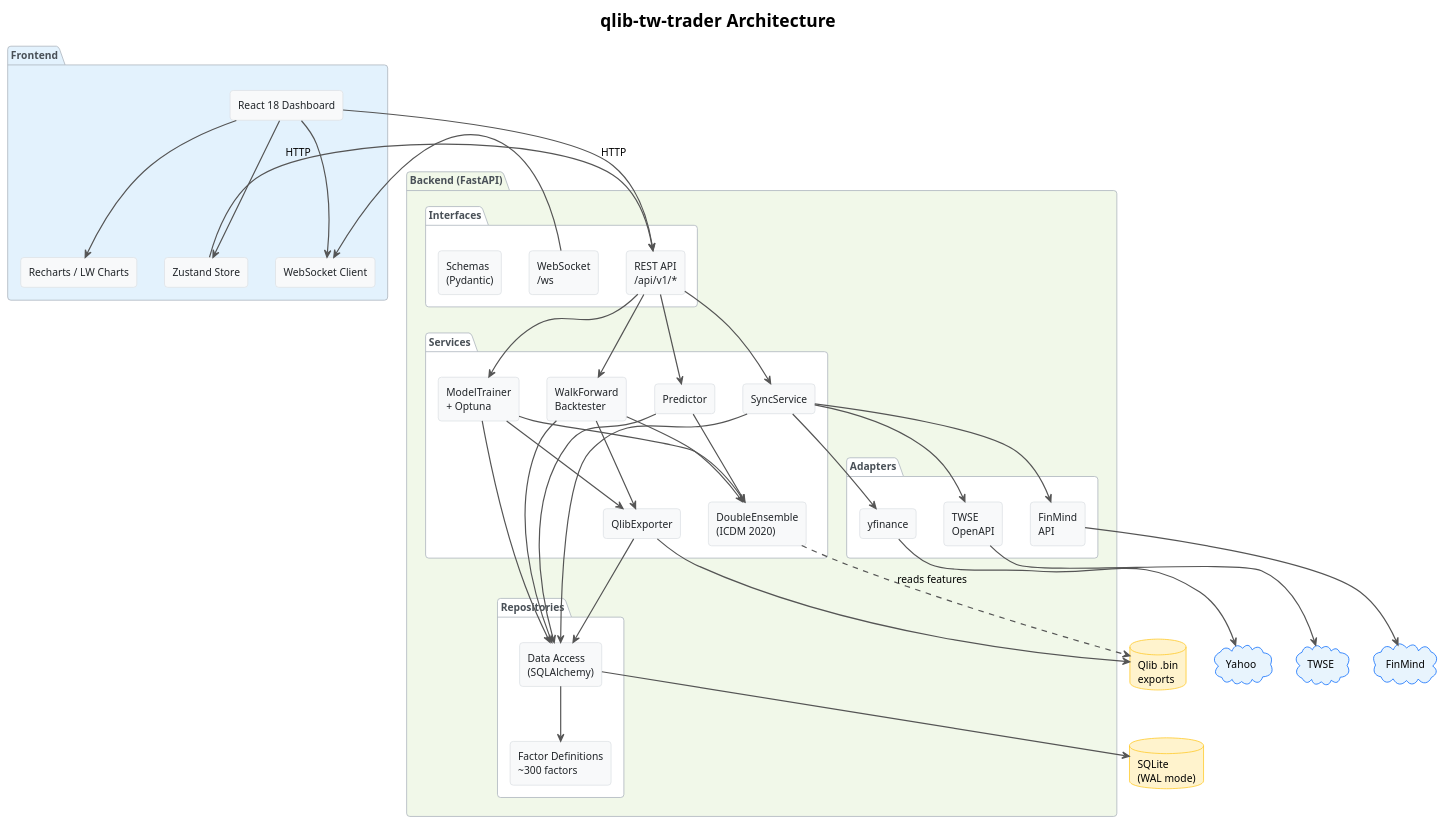
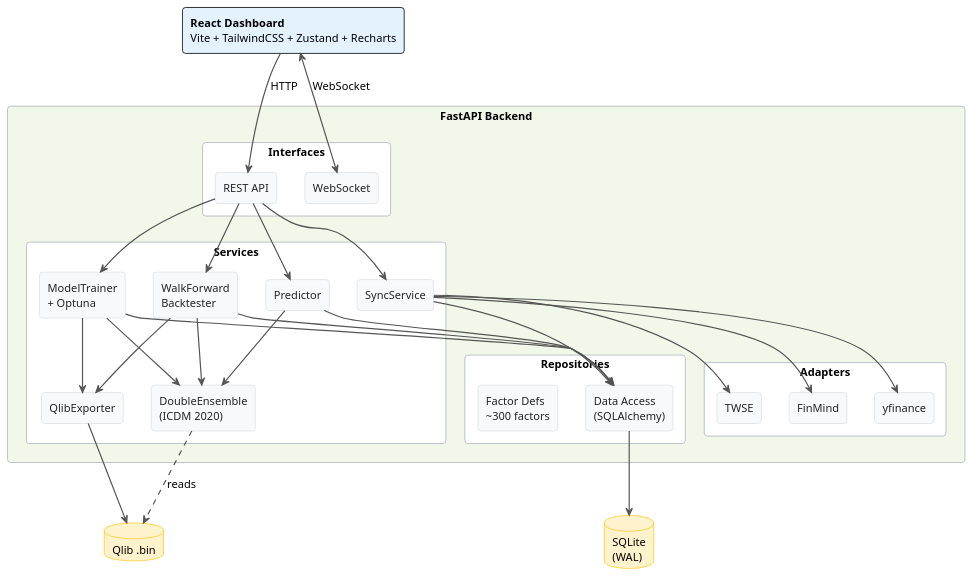
Before and after one commit to toasterman234/qlib-tw-trader: the diagram in docs/architecture.puml, drawn with PlantUML. The commit also changed 3 other files, not shown here.

First line of the commit message:
docs: improve PlantUML diagram quality and readability

```diff
--- a/docs/architecture.puml
+++ b/docs/architecture.puml
@@ -1,119 +1,88 @@
 @startuml architecture
 !theme plain
 skinparam backgroundColor #FFFFFF
 skinparam defaultFontName "Segoe UI"
-skinparam defaultFontSize 13
-skinparam componentStyle rectangle
+skinparam defaultFontSize 14
+skinparam shadowing false
 skinparam roundCorner 8
-skinparam shadowing false
 skinparam ArrowColor #555555
 skinparam ArrowThickness 1.5
-
+skinparam componentStyle rectangle
 skinparam component {
   BackgroundColor #F8F9FA
   BorderColor #DEE2E6
   FontColor #212529
 }
-
 skinparam package {
   BackgroundColor #FFFFFF
   BorderColor #ADB5BD
   FontColor #495057
   FontStyle bold
 }
-
 skinparam database {
   BackgroundColor #FFF3CD
   BorderColor #FFCA2C
 }
 
-skinparam cloud {
-  BackgroundColor #E8F4FD
-  BorderColor #0D6EFD
-}
+top to bottom direction
 
-title qlib-tw-trader Architecture
+rectangle "**React Dashboard**\nVite + TailwindCSS + Zustand + Recharts" as FE #E3F2FD
 
-package "Frontend" as FE #E3F2FD {
-  [React 18 Dashboard] as dashboard
-  [Recharts / LW Charts] as charts
-  [Zustand Store] as store
-  [WebSocket Client] as wsc
-
-  dashboard --> charts
-  dashboard --> store
-  dashboard --> wsc
-}
-
-package "Backend (FastAPI)" as BE #F1F8E9 {
-
-  package "Interfaces" as iface {
-    [REST API\n/api/v1/*] as api
-    [WebSocket\n/ws] as ws
-    [Schemas\n(Pydantic)] as schemas
+rectangle "**FastAPI Backend**" as BE #F1F8E9 {
+  rectangle "Interfaces" as iface {
+    [REST API] as api
+    [WebSocket] as ws
   }
 
-  package "Services" as svc {
+  rectangle "Services" as svc {
     [ModelTrainer\n+ Optuna] as trainer
     [WalkForward\nBacktester] as wf
     [Predictor] as pred
+    [SyncService] as sync
+    [DoubleEnsemble\n(ICDM 2020)] as de
     [QlibExporter] as qexp
-    [DoubleEnsemble\n(ICDM 2020)] as de
-    [SyncService] as sync
   }
 
-  package "Repositories" as repo {
-    [Factor Definitions\n~300 factors] as factors
+  rectangle "Repositories" as repo {
     [Data Access\n(SQLAlchemy)] as dal
+    [Factor Defs\n~300 factors] as factors
   }
 
-  package "Adapters" as adapt {
-    [TWSE\nOpenAPI] as twse
-    [FinMind\nAPI] as fm
+  rectangle "Adapters" as adapt {
+    [TWSE] as twse
+    [FinMind] as fm
     [yfinance] as yf
   }
-
-  api --> trainer
-  api --> wf
-  api --> pred
-  api --> sync
-  ws --> wsc
-
-  trainer --> de
-  trainer --> qexp
-  wf --> de
-  wf --> qexp
-  pred --> de
-
-  sync --> twse
-  sync --> fm
-  sync --> yf
-
-  trainer --> dal
-  wf --> dal
-  pred --> dal
-  sync --> dal
-  qexp --> dal
-
-  dal --> factors
 }
 
-database "SQLite\n(WAL mode)" as db
-database "Qlib .bin\nexports" as qlib
+database "SQLite\n(WAL)" as db
+database "Qlib .bin" as qlib
 
-dal --> db
-qexp --> qlib
-de ..> qlib : reads features
+FE -down-> api : HTTP
+FE <-down-> ws : WebSocket
 
-cloud "TWSE" as c_twse
-cloud "FinMind" as c_fm
-cloud "Yahoo" as c_yf
+api -down-> trainer
+api -down-> wf
+api -down-> pred
+api -down-> sync
 
-twse --> c_twse
-fm --> c_fm
-yf --> c_yf
+trainer -down-> de
+wf -down-> de
+pred -down-> de
+trainer -down-> qexp
+wf -down-> qexp
 
-dashboard --> api : HTTP
-store --> api : HTTP
+sync -down-> twse
+sync -down-> fm
+sync -down-> yf
+
+trainer -down-> dal
+wf -down-> dal
+pred -down-> dal
+sync -down-> dal
+
+dal -down-> db
+qexp -down-> qlib
+de .down.> qlib : reads
 
 @enduml
```
